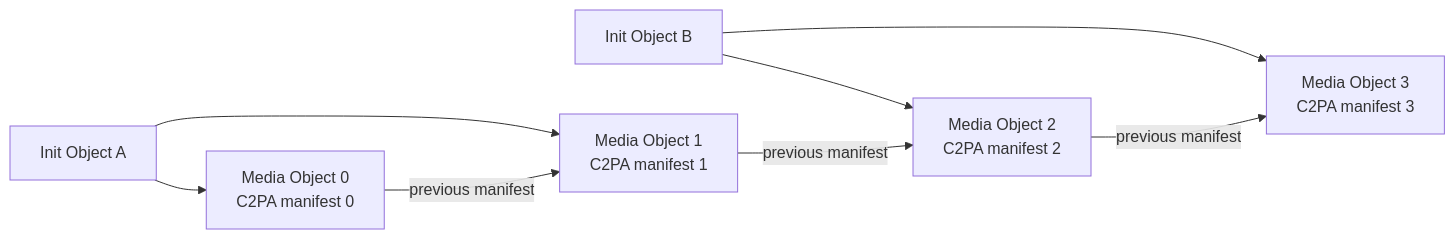
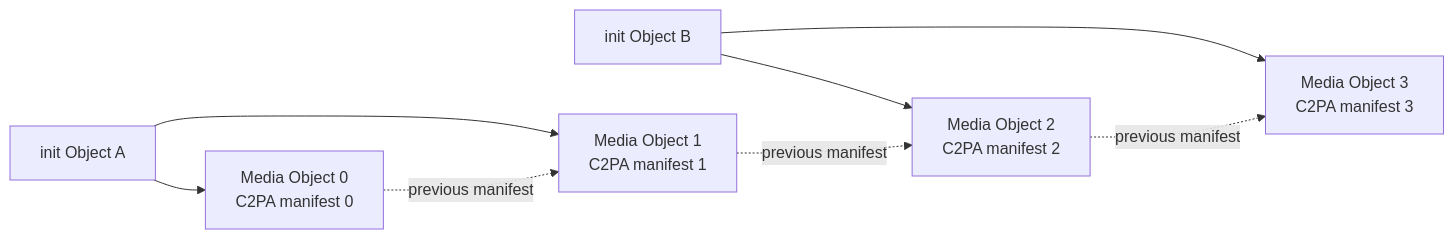
One commit to bbc/tams changed the fifth of 5 diagrams in docs/appnotes/0011-c2pa.md. Above: the diagram before and after it, drawn with Mermaid. The commit also changed other lines of this file, not shown here.

````diff
--- a/docs/appnotes/0011-c2pa.md
+++ b/docs/appnotes/0011-c2pa.md
@@ -209,16 +216,16 @@
 ```mermaid
 flowchart LR
-  initA[Init Object A]
-  initB[Init Object B]
+  initA[init Object A]
+  initB[init Object B]
   seg0[Media Object 0<br/>C2PA manifest 0]
   seg1[Media Object 1<br/>C2PA manifest 1]
   seg2[Media Object 2<br/>C2PA manifest 2]
   seg3[Media Object 3<br/>C2PA manifest 3]
   initA --> seg0
   initA --> seg1
   initB --> seg2
   initB --> seg3
-  seg0 -- previous manifest --> seg1
-  seg1 -- previous manifest --> seg2
-  seg2 -- previous manifest --> seg3
+  seg0 -. previous manifest .-> seg1
+  seg1 -. previous manifest .-> seg2
+  seg2 -. previous manifest .-> seg3
 ```
````
